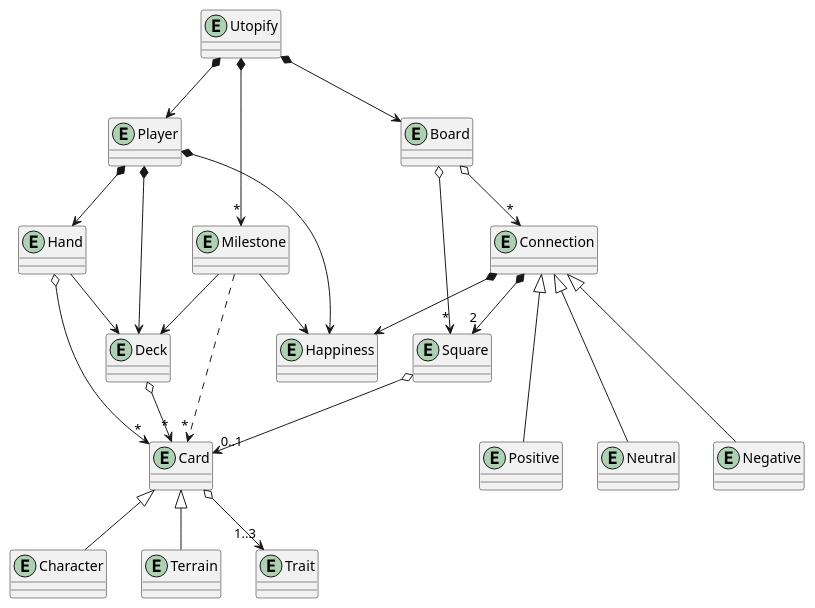
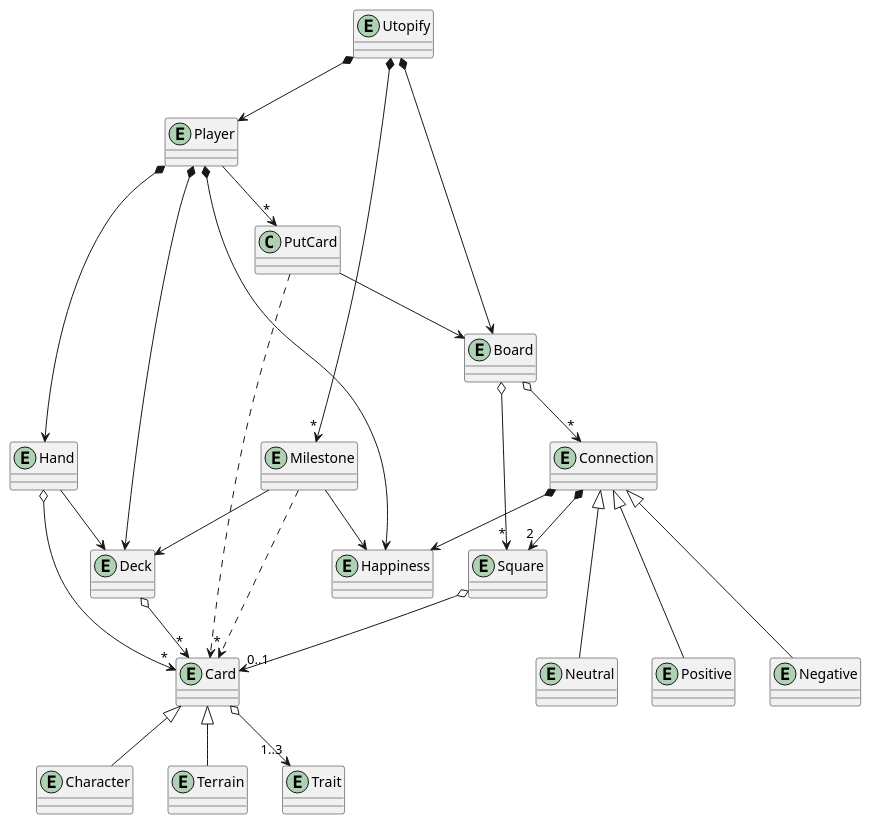
The diagram in Diagrams/UML/DomainModel.puml (Juan-Albert/Utopify), drawn with PlantUML before and after one commit.

Commit message:
docs: put card on board

```diff
--- a/Diagrams/UML/DomainModel.puml
+++ b/Diagrams/UML/DomainModel.puml
@@ -1,47 +1,51 @@
 @startuml
 
 entity Utopify
 entity Player
 entity Deck
 entity Hand
 entity Card
 entity Character
 entity Terrain
 entity Trait
 entity Board
 entity Square
 entity Connection
 entity Positive
 entity Neutral
 entity Negative
 entity Happiness
 entity Milestone
 
 Utopify *--> Player
 Player *--> Deck
 Player *--> Hand
+Player --> "*" PutCard
 Hand --> Deck
 Hand o--> "*" Card
 Deck o--> "*" Card
 Card o--> "1..3" Trait
 Card <|-- Character
 Card <|-- Terrain
 
 Player *--> Happiness
 
 Utopify *--> Board
 Board o--> "*" Square
 Board o--> "*" Connection
 Square o--> "0..1" Card
 Connection *--> "2" Square
 Connection *--> Happiness
 Connection <|--- Positive
 Connection <|--- Neutral
 Connection <|--- Negative
 
+PutCard --> Board
+PutCard ..> Card
+
 Utopify *--> "*" Milestone
 Milestone --> Happiness
 Milestone --> Deck
 Milestone ..> "*" Card 
 
 @enduml
```
